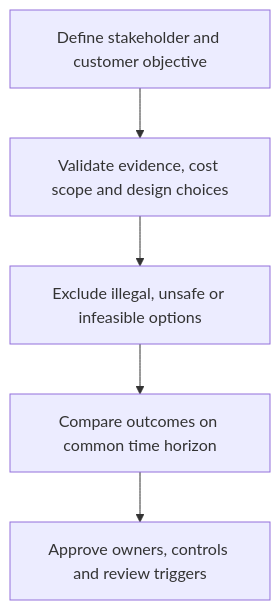
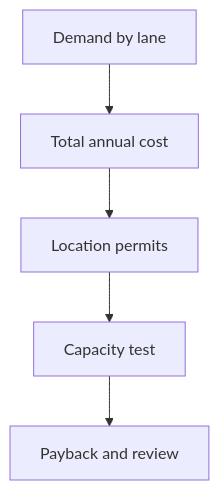
One commit to theleanx/SupplyChain-Design-Notes changed the diagram in 08-optimization-sustainability-technology/section-a-optimizing-supply-chain-strategy-and-tactics/05-cost-revenue-location-and-tax-decision-boundaries.md. Above: the diagram before and after it, drawn with Mermaid. The commit also changed other lines of this file and 7 other files, not shown here.

````diff
--- a/08-optimization-sustainability-technology/section-a-optimizing-supply-chain-strategy-and-tactics/05-cost-revenue-location-and-tax-decision-boundaries.md
+++ b/08-optimization-sustainability-technology/section-a-optimizing-supply-chain-strategy-and-tactics/05-cost-revenue-location-and-tax-decision-boundaries.md
@@ -38,12 +38,12 @@
 ```mermaid
 flowchart TD
-    A[Define stakeholder and customer objective]
-    B[Validate evidence, cost scope and design choices]
-    C[Exclude illegal, unsafe or infeasible options]
-    D[Compare outcomes on common time horizon]
-    E[Approve owners, controls and review triggers]
+    A[Demand by lane]
+    B[Total annual cost]
+    C[Location permits]
+    D[Capacity test]
+    E[Payback and review]
     A --> B
     B --> C
     C --> D
     D --> E
 ```
````
